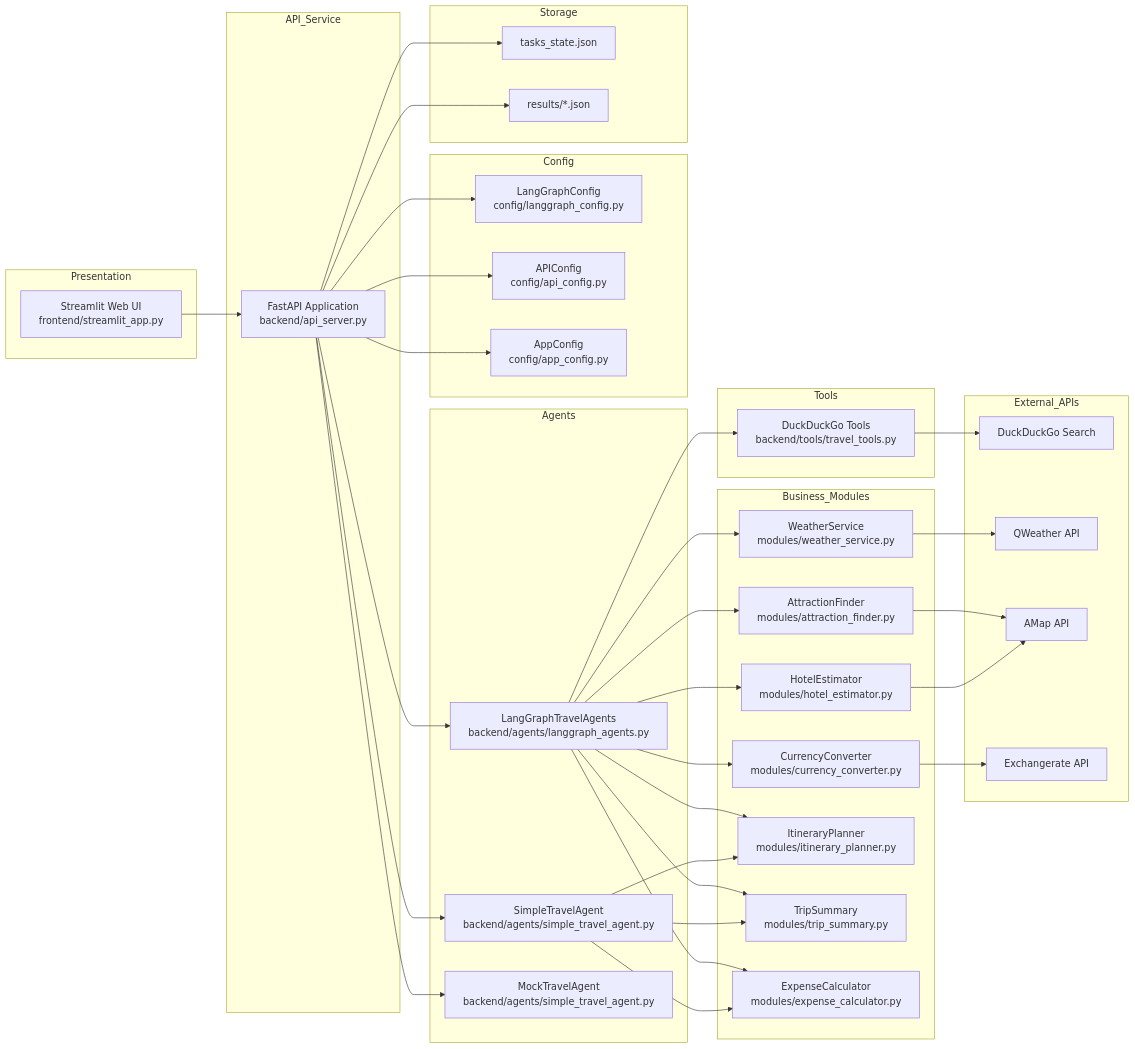
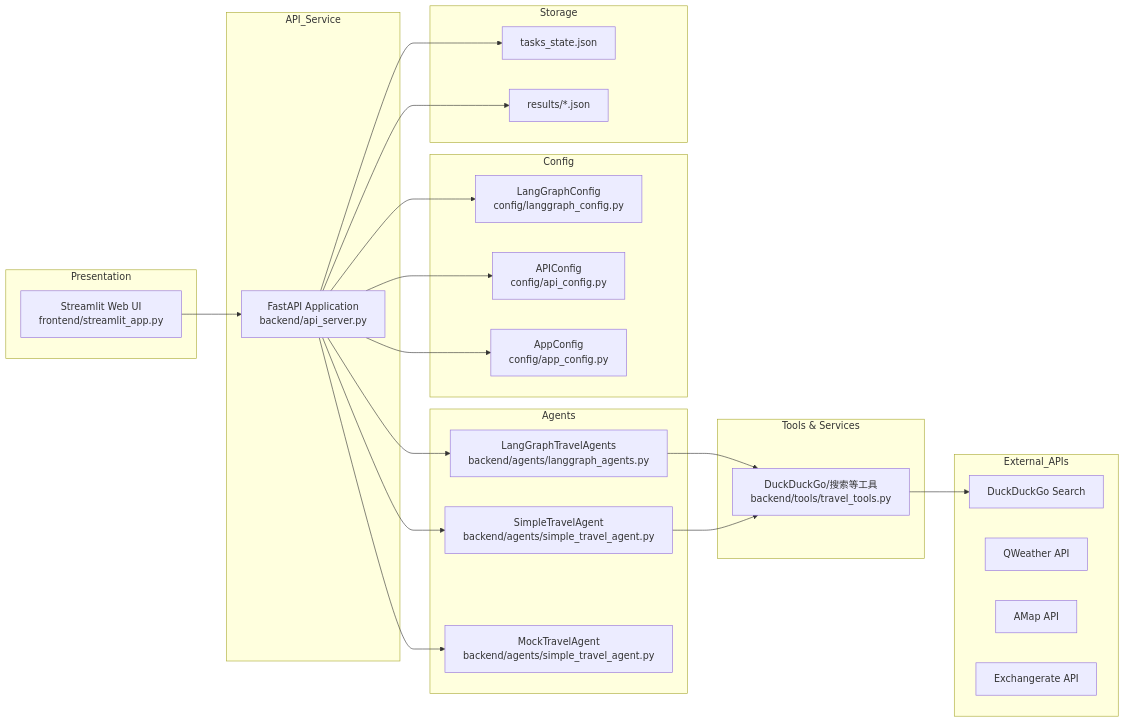
One commit to FlyAIBox/AIAgent101 changed the first of 3 diagrams in 04-agent-build-docker-deploy/docs/enterprise/03_system_design.md. Above: the diagram before and after it, drawn with Mermaid. The commit also changed other lines of this file and 8 other files, not shown here.

````diff
--- a/04-agent-build-docker-deploy/docs/enterprise/03_system_design.md
+++ b/04-agent-build-docker-deploy/docs/enterprise/03_system_design.md
@@ -8,58 +8,45 @@
 ```mermaid
 graph LR
     subgraph Presentation
         A[Streamlit Web UI\nfrontend/streamlit_app.py]
     end
     subgraph API_Service
         B[FastAPI Application\nbackend/api_server.py]
     end
     subgraph Agents
         C[LangGraphTravelAgents\nbackend/agents/langgraph_agents.py]
         D[SimpleTravelAgent\nbackend/agents/simple_travel_agent.py]
         E[MockTravelAgent\nbackend/agents/simple_travel_agent.py]
     end
-    subgraph Business_Modules
-        F[WeatherService\nmodules/weather_service.py]
-        G[AttractionFinder\nmodules/attraction_finder.py]
-        H[HotelEstimator\nmodules/hotel_estimator.py]
-        I[CurrencyConverter\nmodules/currency_converter.py]
-        J[ItineraryPlanner\nmodules/itinerary_planner.py]
-        K[TripSummary\nmodules/trip_summary.py]
-        L[ExpenseCalculator\nmodules/expense_calculator.py]
-    end
-    subgraph Tools
-        M[DuckDuckGo Tools\nbackend/tools/travel_tools.py]
+    subgraph Tools & Services
+        F[DuckDuckGo/搜索等工具\nbackend/tools/travel_tools.py]
     end
     subgraph Config
         N[LangGraphConfig\nconfig/langgraph_config.py]
         O[APIConfig\nconfig/api_config.py]
         P[AppConfig\nconfig/app_config.py]
     end
     subgraph External_APIs
         Q[DuckDuckGo Search]
         R[QWeather API]
         S[AMap API]
         T[Exchangerate API]
     end
     subgraph Storage
         U[tasks_state.json]
         V[results/*.json]
     end
 
     A --> B
     B --> C
     B --> D
     B --> E
-    C --> F & G & H & I & J & K & L & M
-    D --> J & K & L
-    F --> R
-    G --> S
-    H --> S
-    I --> T
-    M --> Q
+    C --> F
+    D --> F
+    F --> Q
     B --> U
     B --> V
     B --> N
     B --> O
     B --> P
 ```
````
